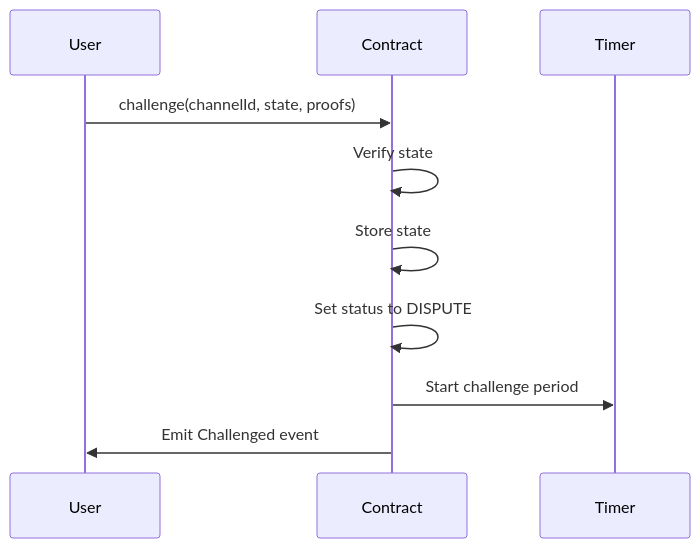
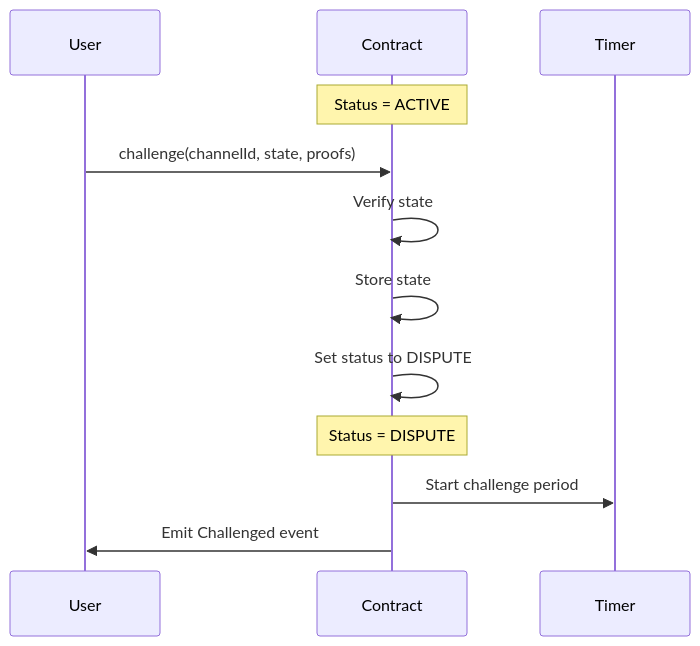
One commit to layer-3/docs changed the sixth of 10 diagrams in docs/protocol/on-chain/channel-lifecycle.mdx. Above: the diagram before and after it, drawn with Mermaid. The commit also changed other lines of this file and 3 other files, not shown here.

````diff
--- a/docs/protocol/on-chain/channel-lifecycle.mdx
+++ b/docs/protocol/on-chain/channel-lifecycle.mdx
@@ -218,13 +254,15 @@
 ```mermaid
 sequenceDiagram
     participant User
     participant Contract
     participant Timer
     
+    Note over Contract: Status = ACTIVE
     User->>Contract: challenge(channelId, state, proofs)
     Contract->>Contract: Verify state
     Contract->>Contract: Store state
     Contract->>Contract: Set status to DISPUTE
+    Note over Contract: Status = DISPUTE
     Contract->>Timer: Start challenge period
     Contract->>User: Emit Challenged event
 ```
````
